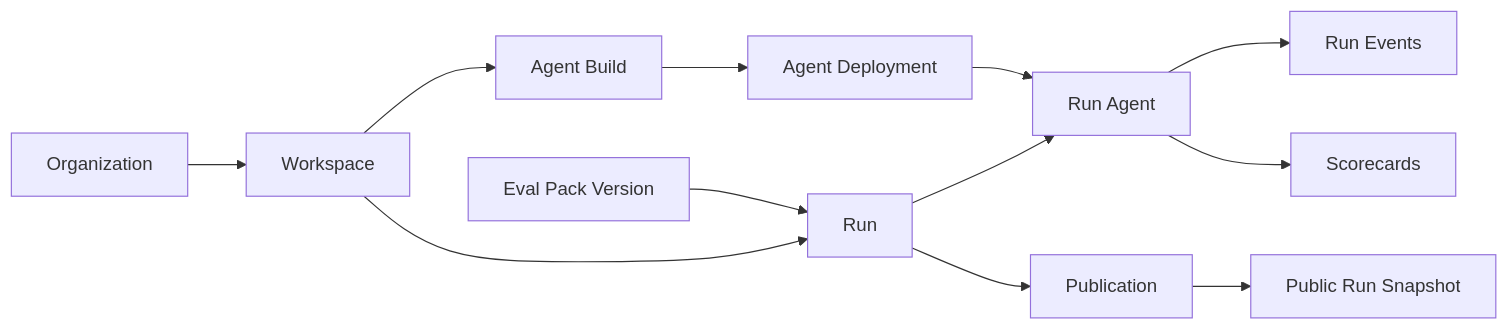
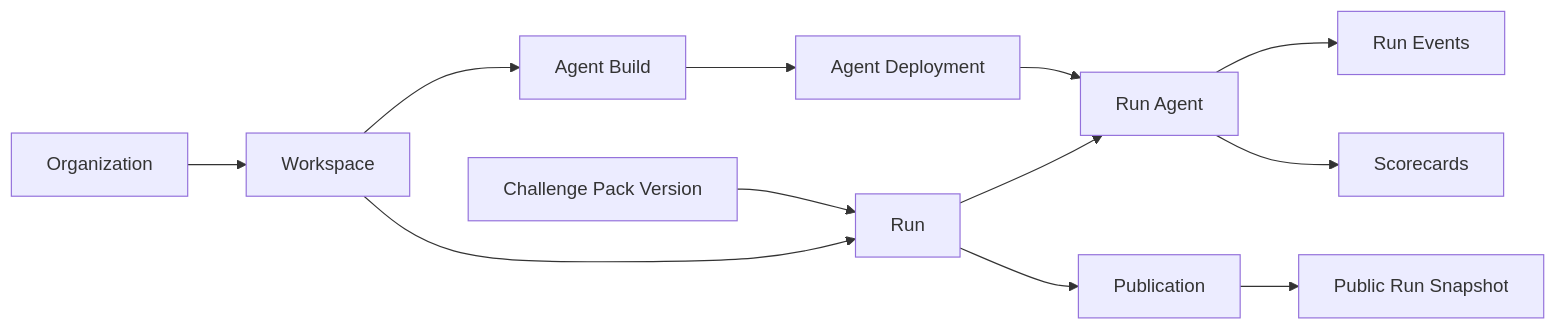
One commit to agentclash/agentclash changed the first of 6 diagrams in docs/database/schema-diagram.md. Above: the diagram before and after it, drawn with Mermaid. The commit also changed other lines of this file and 675 other files, not shown here.

First line of the commit message:
Revert "Merge pull request #1121 from agentclash/rename/challenge-pack-to-eval-pack"

````diff
--- a/docs/database/schema-diagram.md
+++ b/docs/database/schema-diagram.md
@@ -11,26 +11,26 @@
 ```mermaid
 flowchart LR
     O[Organization]
     W[Workspace]
     AB[Agent Build]
     AD[Agent Deployment]
-    CP[Eval Pack Version]
+    CP[Challenge Pack Version]
     R[Run]
     RA[Run Agent]
     EV[Run Events]
     SC[Scorecards]
     PB[Publication]
     PS[Public Run Snapshot]
 
     O --> W
     W --> AB
     AB --> AD
     CP --> R
     W --> R
     R --> RA
     AD --> RA
     RA --> EV
     RA --> SC
     R --> PB
     PB --> PS
 ```
````
